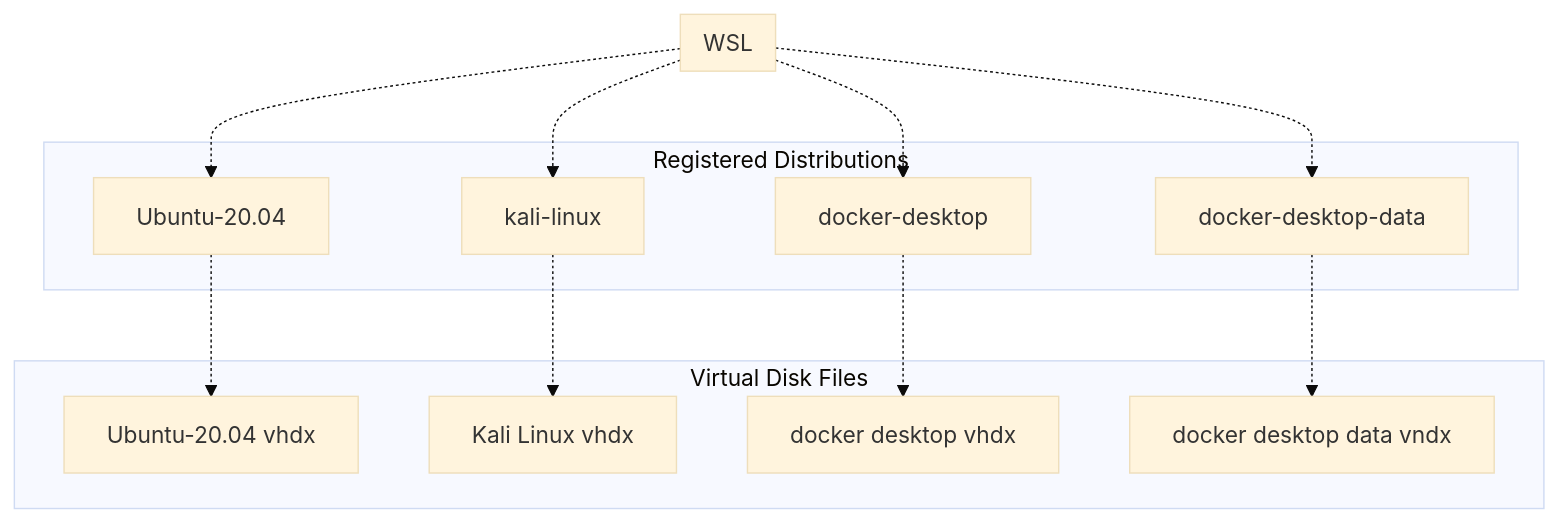
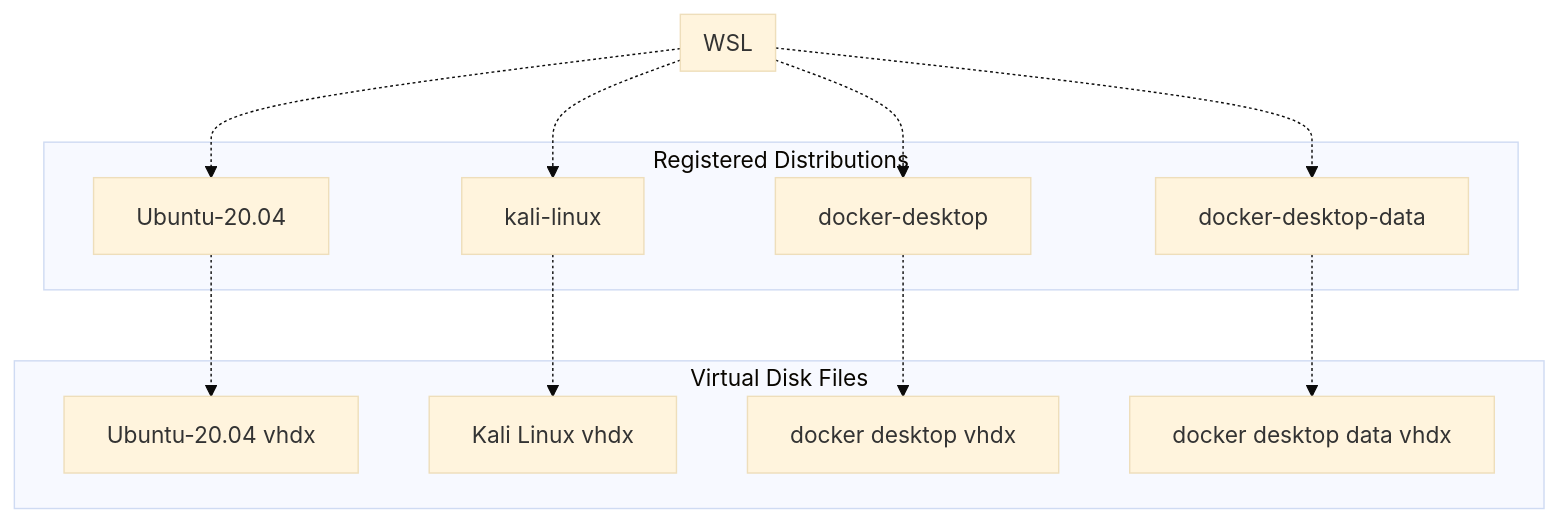
The first of 2 diagrams in README.md (freemansoft/wsl2-utils), drawn with Mermaid (base theme) before and after one commit. The commit also changed other lines of this file, not shown here.

````diff
--- a/README.md
+++ b/README.md
@@ -9,26 +9,26 @@
 ```mermaid
     flowchart
     subgraph WSL
     end
     subgraph Distributions[Registered Distributions]
         Ubuntu-20.04
         kali-linux
         docker-desktop
         docker-desktop-data
     end
     subgraph Vhds[Virtual Disk Files]
         Ubuntu-20.04.vhd[Ubuntu-20.04 vhdx]
         kali-linux.vhd[Kali Linux vhdx]
         docker-desktop.vhd[docker desktop vhdx]
-        docker-desktop-data.vhd[docker desktop data vndx]
+        docker-desktop-data.vhd[docker desktop data vhdx]
     end
     WSL -.-> Ubuntu-20.04
     WSL -.-> kali-linux
     WSL -.-> docker-desktop
     WSL -.-> docker-desktop-data
 
     Ubuntu-20.04 -.-> Ubuntu-20.04.vhd
     kali-linux -.-> kali-linux.vhd
     docker-desktop -.-> docker-desktop.vhd
     docker-desktop-data -.-> docker-desktop-data.vhd
 ```
````
